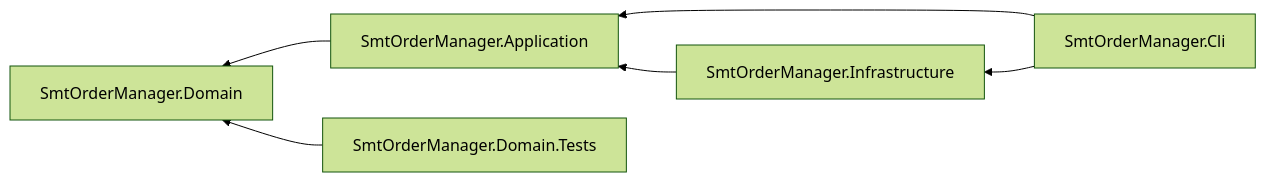
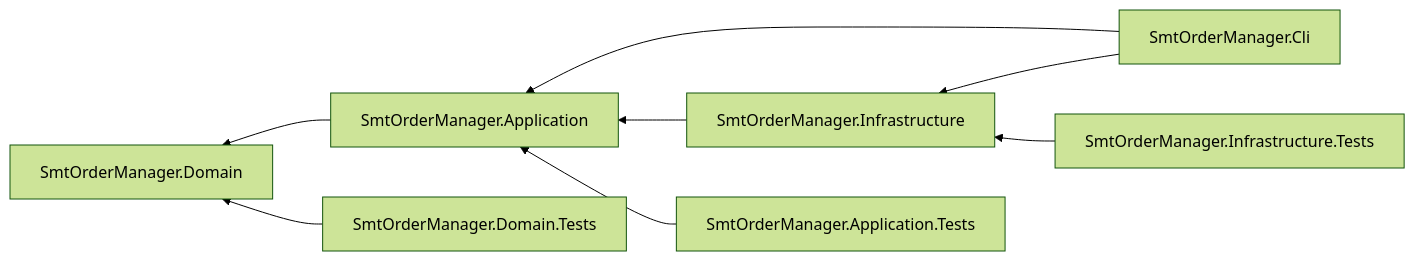
Before and after one commit to mikhail-poda/smt-order-manager: the second of 2 diagrams in docs/architecture.md, drawn with Mermaid (forest theme). The commit also changed other lines of this file and 2 other files, not shown here.

````diff
--- a/docs/architecture.md
+++ b/docs/architecture.md
@@ -45,14 +45,18 @@
 ```mermaid
 flowchart RL
     CLI["SmtOrderManager.Cli"]
     INFRA["SmtOrderManager.Infrastructure"]
     APP["SmtOrderManager.Application"]
     DOMAIN["SmtOrderManager.Domain"]
-    TESTS["SmtOrderManager.Domain.Tests"]
+    DTESTS["SmtOrderManager.Domain.Tests"]
+    ATESTS["SmtOrderManager.Application.Tests"]
+    ITESTS["SmtOrderManager.Infrastructure.Tests"]
 
     CLI --> APP
     CLI --> INFRA
     INFRA --> APP
     APP --> DOMAIN
-    TESTS --> DOMAIN
+    DTESTS --> DOMAIN
+    ATESTS --> APP
+    ITESTS --> INFRA
 ```
````
